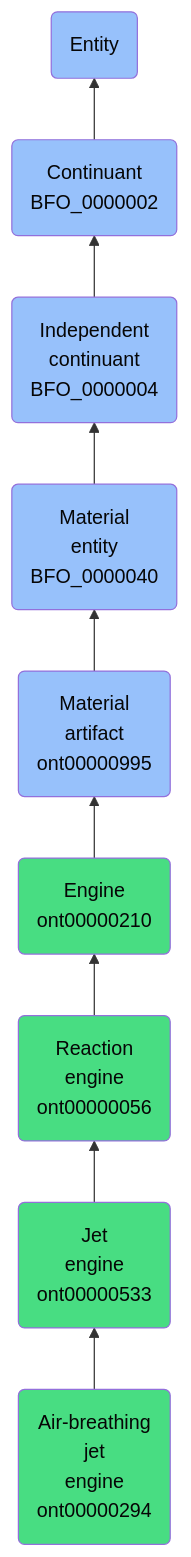
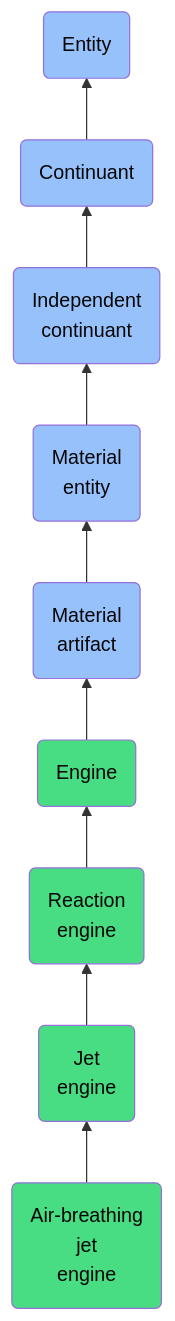
One commit to jupyter-naas/abi changed the diagram in docs/ontology/reference/model/Entity/Continuant/Independent continuant/Material entity/Material artifact/Engine/Reaction engine/Jet engine/Air-breathing jet engine/Air-breathing jet engine.md. Above: the diagram before and after it, drawn with Mermaid. The commit also changed other lines of this file and 1430 other files, not shown here.

````diff
--- a/docs/ontology/reference/model/Entity/Continuant/Independent continuant/Material entity/Material artifact/Engine/Reaction engine/Jet engine/Air-breathing jet engine/Air-breathing jet engine.md
+++ b/docs/ontology/reference/model/Entity/Continuant/Independent continuant/Material entity/Material artifact/Engine/Reaction engine/Jet engine/Air-breathing jet engine/Air-breathing jet engine.md
@@ -24,16 +24,16 @@
 ```mermaid
 graph BT
-    ont00000294(Air-breathing<br>jet<br>engine<br>ont00000294):::ABI-->ont00000533
-    ont00000533(Jet<br>engine<br>ont00000533):::ABI-->ont00000056
-    ont00000056(Reaction<br>engine<br>ont00000056):::ABI-->ont00000210
-    ont00000210(Engine<br>ont00000210):::ABI-->ont00000995
-    ont00000995(Material<br>artifact<br>ont00000995):::BFO-->BFO_0000040
-    BFO_0000040(Material<br>entity<br>BFO_0000040):::BFO-->BFO_0000004
-    BFO_0000004(Independent<br>continuant<br>BFO_0000004):::BFO-->BFO_0000002
-    BFO_0000002(Continuant<br>BFO_0000002):::BFO-->BFO_0000001
+    ont00000294(Air-breathing<br>jet<br>engine):::ABI-->ont00000533
+    ont00000533(Jet<br>engine):::ABI-->ont00000056
+    ont00000056(Reaction<br>engine):::ABI-->ont00000210
+    ont00000210(Engine):::ABI-->ont00000995
+    ont00000995(Material<br>artifact):::BFO-->BFO_0000040
+    BFO_0000040(Material<br>entity):::BFO-->BFO_0000004
+    BFO_0000004(Independent<br>continuant):::BFO-->BFO_0000002
+    BFO_0000002(Continuant):::BFO-->BFO_0000001
     BFO_0000001(Entity):::BFO
     
     classDef BFO fill:#97c1fb,color:#060606
     classDef CCO fill:#e4c51e,color:#060606
     classDef ABI fill:#48DD82,color:#060606
 ```
````
